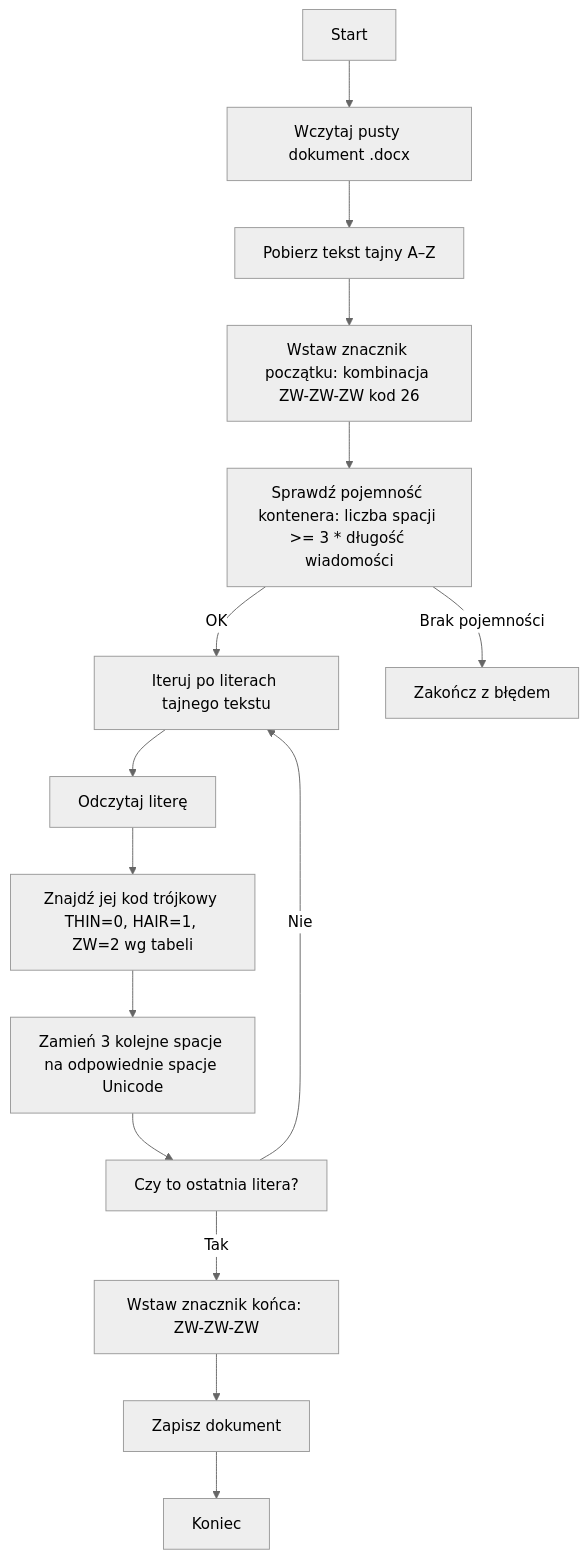
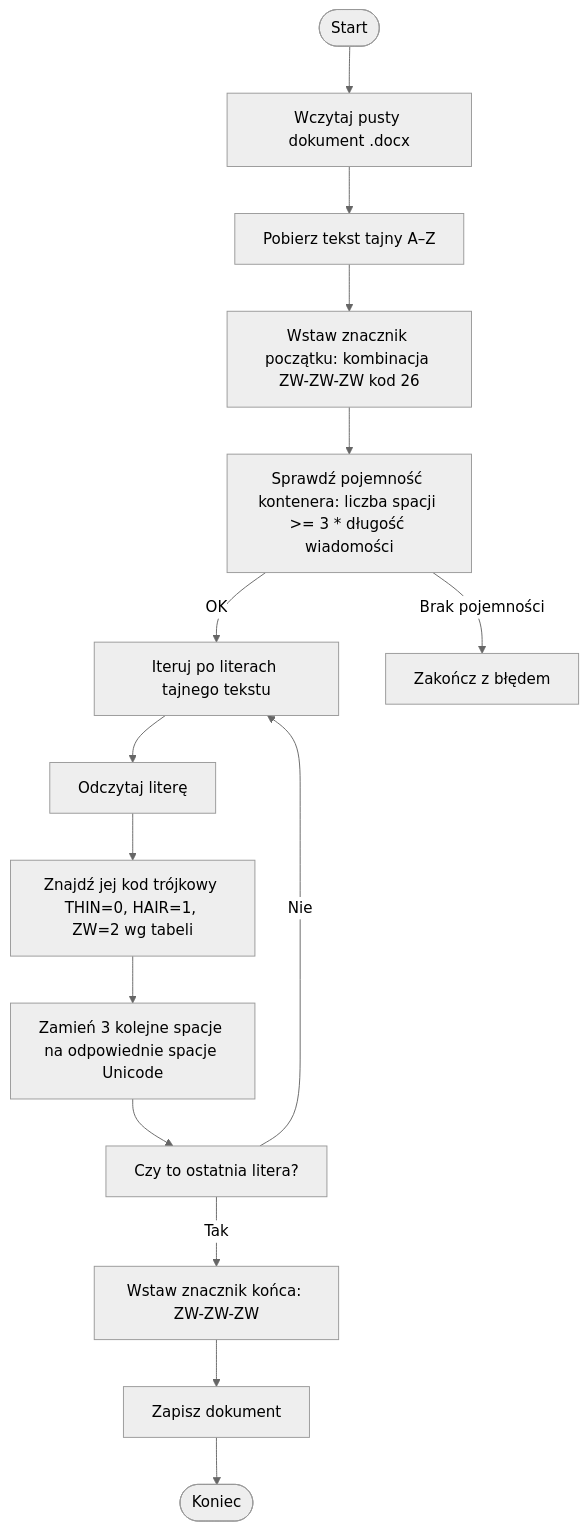
One commit to jSkwarczek/Steganografia changed the third of 12 diagrams in docs/index.md. Above: the diagram before and after it, drawn with Mermaid (neutral theme). The commit also changed other lines of this file and 6 other files, not shown here.

Commit message:
Added all flow charts

````diff
--- a/docs/index.md
+++ b/docs/index.md
@@ -89,19 +91,19 @@
 ```mermaid
 flowchart TD
 
-A[Start] --> B[Wczytaj pusty dokument .docx]
+A([Start]) --> B[Wczytaj pusty dokument .docx]
 B --> C[Pobierz tekst tajny A–Z]
 C --> D[Wstaw znacznik początku: kombinacja ZW-ZW-ZW kod 26]
 D --> E[Sprawdź pojemność kontenera: liczba spacji >= 3 * długość wiadomości]
 E -->|OK| F[Iteruj po literach tajnego tekstu]
 E -->|Brak pojemności| Z[Zakończ z błędem]
 
 F --> G[Odczytaj literę]
 G --> H[Znajdź jej kod trójkowy THIN=0, HAIR=1, ZW=2 wg tabeli]
 H --> I[Zamień 3 kolejne spacje na odpowiednie spacje Unicode]
 I --> J[Czy to ostatnia litera?]
 J -->|Nie| F
 J -->|Tak| K[Wstaw znacznik końca: ZW-ZW-ZW]
 K --> L[Zapisz dokument]
-L --> M[Koniec]
+L --> M([Koniec])
 ```
````
